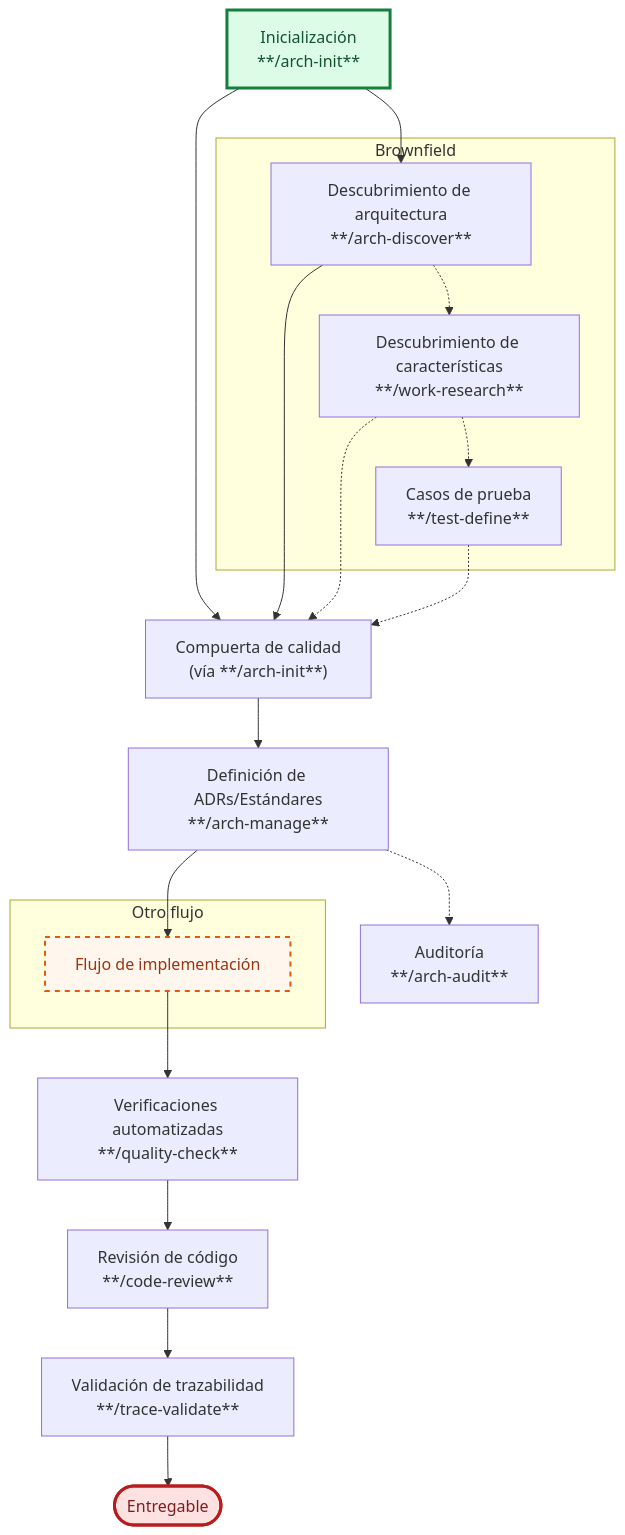
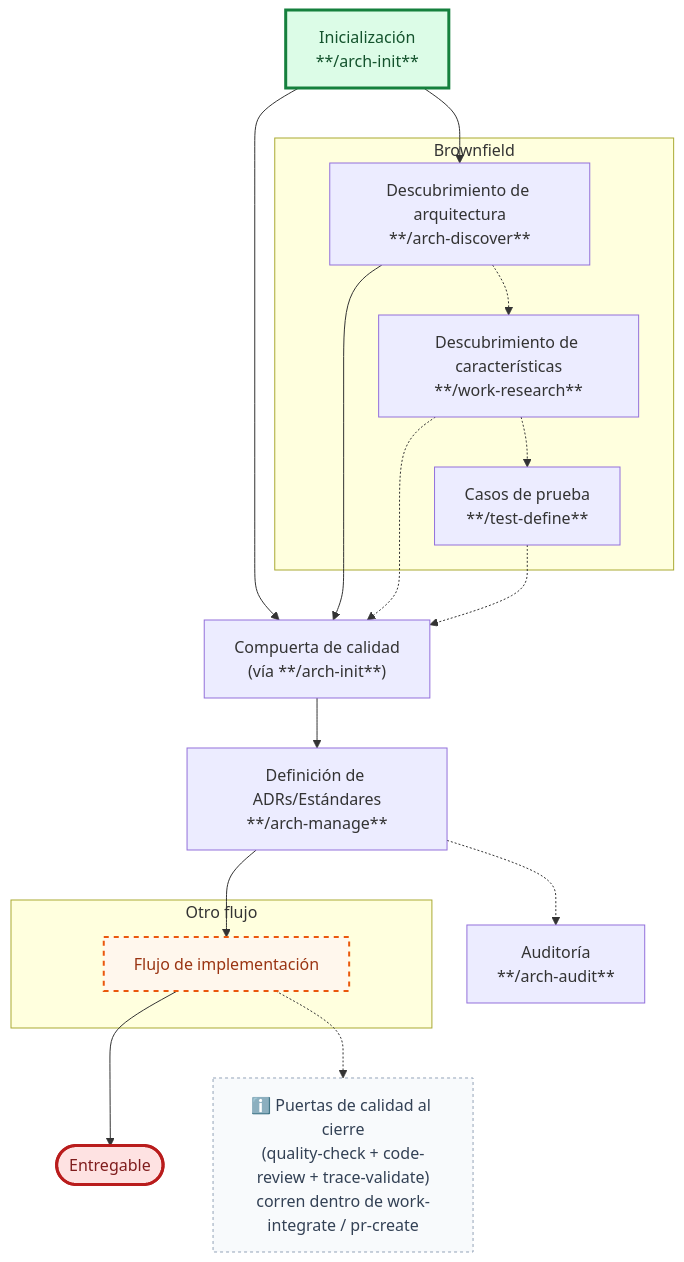
Before and after one commit to juanca202/ai: the first of 3 diagrams in README.md, drawn with Mermaid. The commit also changed other lines of this file and 4 other files, not shown here.

First line of the commit message:
docs(use-cases): collapse quality gates into a pr-create note in flow diagrams

````diff
--- a/README.md
+++ b/README.md
@@ -43,31 +43,32 @@
 ```mermaid
 flowchart TD
     INIT["Inicialización<br/>**/arch-init**"]
     subgraph BF["Brownfield"]
         BA["Descubrimiento de arquitectura<br/>**/arch-discover**"]
         BA -.-> WR["Descubrimiento de características<br/>**/work-research**"]
         WR -.-> TD["Casos de prueba<br/>**/test-define**"]
     end
     INIT --> BA
     INIT --> T["Compuerta de calidad<br/>(vía **/arch-init**)"]
     BA --> T
     WR -.-> T
     TD -.-> T
     T --> S["Definición de ADRs/Estándares<br/>**/arch-manage**"]
     S -.-> AUD["Auditoría<br/>**/arch-audit**"]
     subgraph NESTED["Otro flujo"]
         IMPL["Flujo de implementación"]
     end
     S --> IMPL
-    IMPL --> V0["Verificaciones automatizadas<br/>**/quality-check**"]
-    V0 --> V1["Revisión de código<br/>**/code-review**"]
-    V1 --> V2["Validación de trazabilidad<br/>**/trace-validate**"]
-    V2 --> DONE(["Entregable"])
+    IMPL --> DONE(["Entregable"])
+    NOTE["ℹ️ Puertas de calidad al cierre<br/>(quality-check + code-review + trace-validate)<br/>corren dentro de work-integrate / pr-create"]
+    IMPL -.-> NOTE
 
     classDef nestedFlow fill:#fff7ed,stroke:#ea580c,stroke-width:2px,stroke-dasharray:5 5,color:#9a3412
     classDef entryPoint fill:#dcfce7,stroke:#15803d,stroke-width:3px,color:#14532d
     classDef exitPoint fill:#fee2e2,stroke:#b91c1c,stroke-width:3px,color:#7f1d1d
+    classDef note fill:#f8fafc,stroke:#94a3b8,stroke-width:1px,stroke-dasharray:3 3,color:#334155
     class IMPL nestedFlow
     class INIT entryPoint
     class DONE exitPoint
+    class NOTE note
 ```
````
